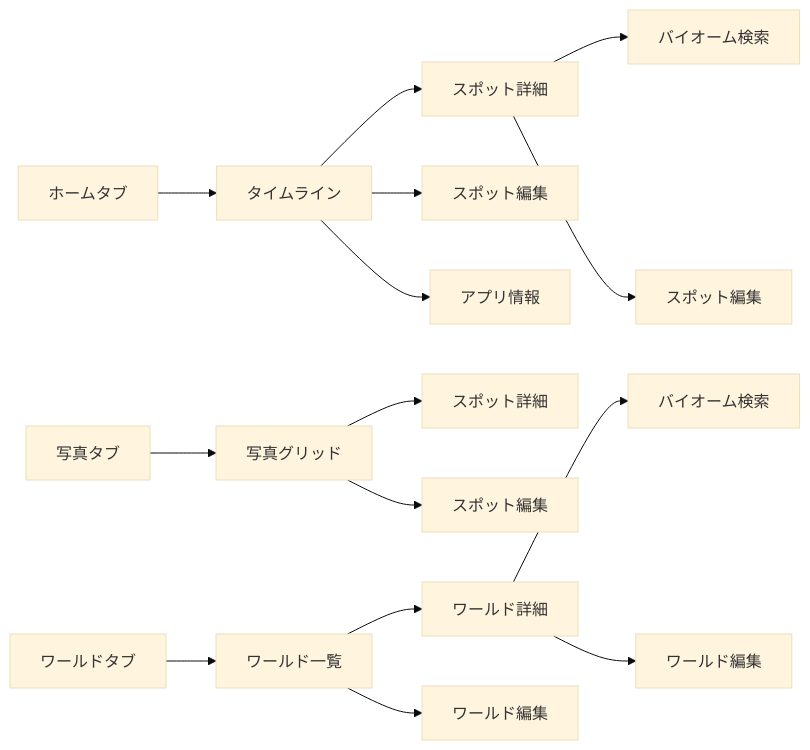
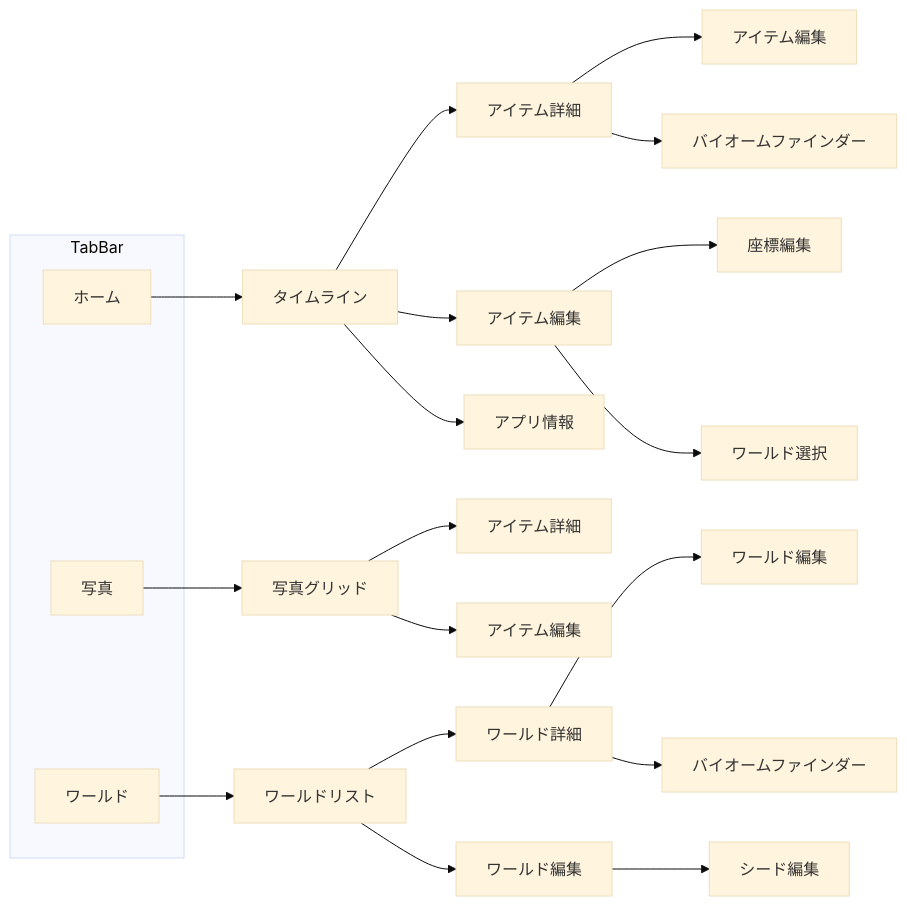
One commit to yoko-yan/ios-archi changed the diagram in docs/SCREEN_GUIDE.md. Above: the diagram before and after it, drawn with Mermaid (base theme). The commit also changed other lines of this file and 4 other files, not shown here.

````diff
--- a/docs/SCREEN_GUIDE.md
+++ b/docs/SCREEN_GUIDE.md
@@ -52,20 +69,32 @@
 ```mermaid
 graph LR
-    HomeTab[ホームタブ] --> Timeline[タイムライン]
-    Timeline --> ItemDetail[スポット詳細]
-    Timeline --> ItemEditSheet[スポット編集]
-    Timeline --> AppInfo[アプリ情報]
+    subgraph TabBar
+        HomeTab[ホーム]
+        PhotoTab[写真]
+        WorldTab[ワールド]
+    end
 
-    PhotoTab[写真タブ] --> SpotGrid[写真グリッド]
-    SpotGrid --> ItemDetail2[スポット詳細]
-    SpotGrid --> ItemEditSheet2[スポット編集]
+    HomeTab --> TimeLine[タイムライン]
+    TimeLine --> ItemDetail[アイテム詳細]
+    TimeLine --> ItemEditSheet[アイテム編集]
+    TimeLine --> AppInfoSheet[アプリ情報]
 
-    WorldTab[ワールドタブ] --> WorldList[ワールド一覧]
+    ItemDetail --> ItemEditSheet2[アイテム編集]
+    ItemDetail --> BiomeFinder[バイオームファインダー]
+
+    ItemEditSheet --> CoordinatesEdit[座標編集]
+    ItemEditSheet --> WorldSelection[ワールド選択]
+
+    PhotoTab --> SpotList[写真グリッド]
+    SpotList --> ItemDetail2[アイテム詳細]
+    SpotList --> ItemEditSheet3[アイテム編集]
+
+    WorldTab --> WorldList[ワールドリスト]
     WorldList --> WorldDetail[ワールド詳細]
     WorldList --> WorldEditSheet[ワールド編集]
 
-    ItemDetail --> BiomeFinder[バイオーム検索]
-    ItemDetail --> ItemEdit[スポット編集]
-    WorldDetail --> BiomeFinder2[バイオーム検索]
-    WorldDetail --> WorldEdit[ワールド編集]
+    WorldDetail --> WorldEditSheet2[ワールド編集]
+    WorldDetail --> BiomeFinder2[バイオームファインダー]
+
+    WorldEditSheet --> SeedEdit[シード編集]
 ```
````
